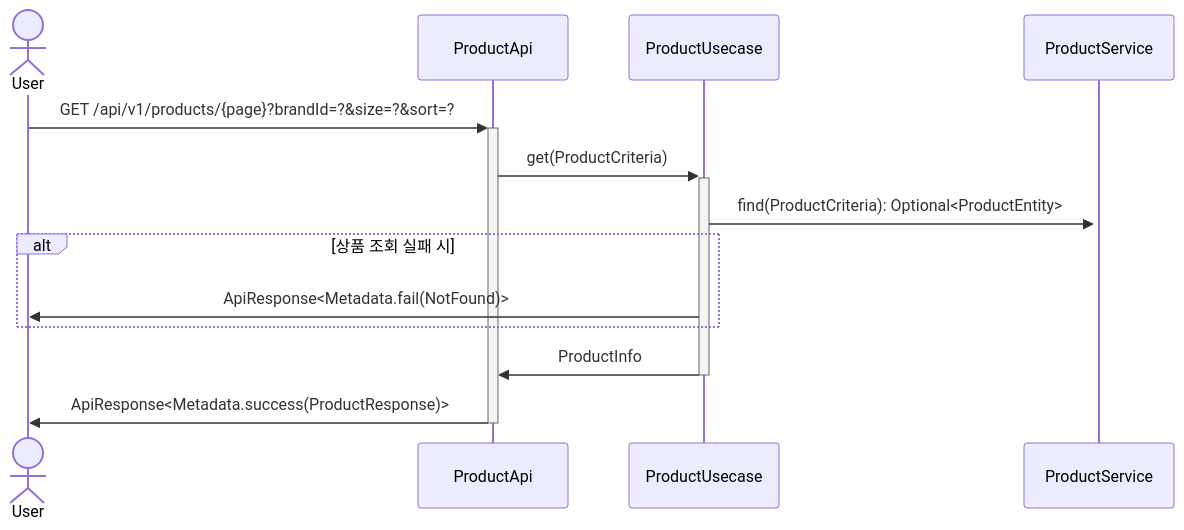
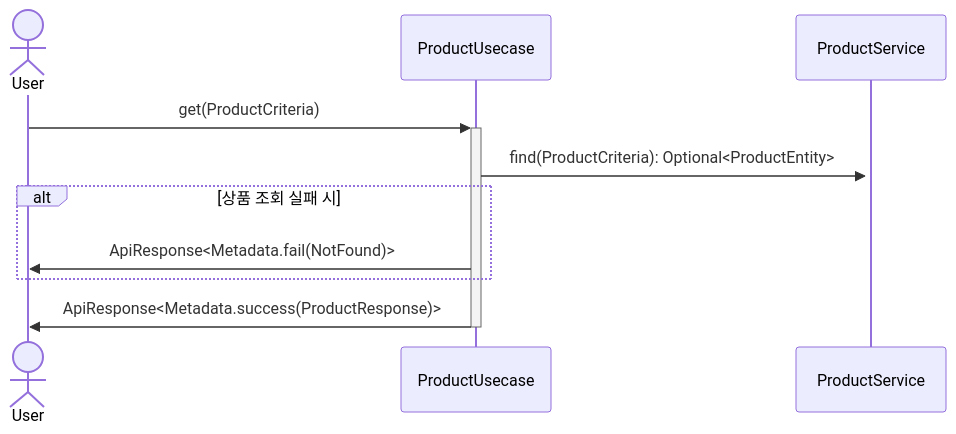
One commit to Iol-lshh/loopers_be_practice_byjava changed the third of 10 diagrams in docs/design/02-sequence-diagrams.md. Above: the diagram before and after it, drawn with Mermaid. The commit also changed other lines of this file and 70 other files, not shown here.

````diff
--- a/docs/design/02-sequence-diagrams.md
+++ b/docs/design/02-sequence-diagrams.md
@@ -55,12 +50,10 @@
 ```mermaid
 sequenceDiagram
     actor User
-    User->>+ProductApi: GET /api/v1/products/{page}?brandId=?&size=?&sort=?
-    ProductApi->>+ProductUsecase: get(ProductCriteria)
+    User->>+ProductUsecase: get(ProductCriteria)
     ProductUsecase->>+ProductService: find(ProductCriteria): Optional<ProductEntity>
     alt 상품 조회 실패 시
         ProductUsecase->>User: ApiResponse<Metadata.fail(NotFound)>
     end
-    ProductUsecase->>-ProductApi: ProductInfo
-    ProductApi->>-User: ApiResponse<Metadata.success(ProductResponse)>
+    ProductUsecase->>-User: ApiResponse<Metadata.success(ProductResponse)>
 ```
````
